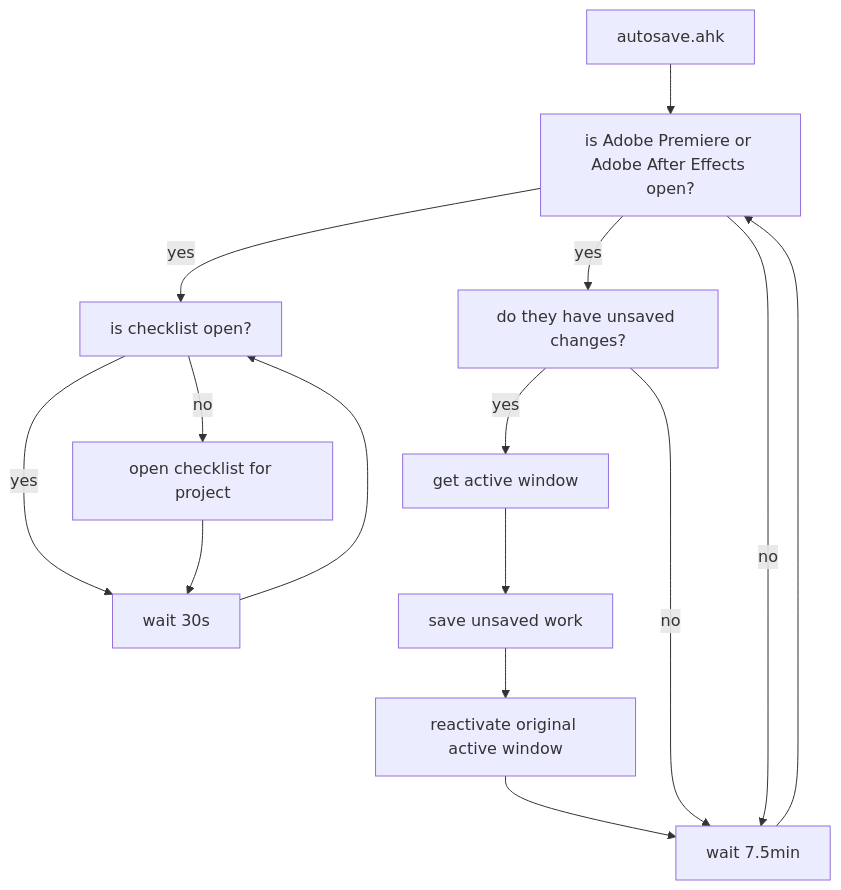
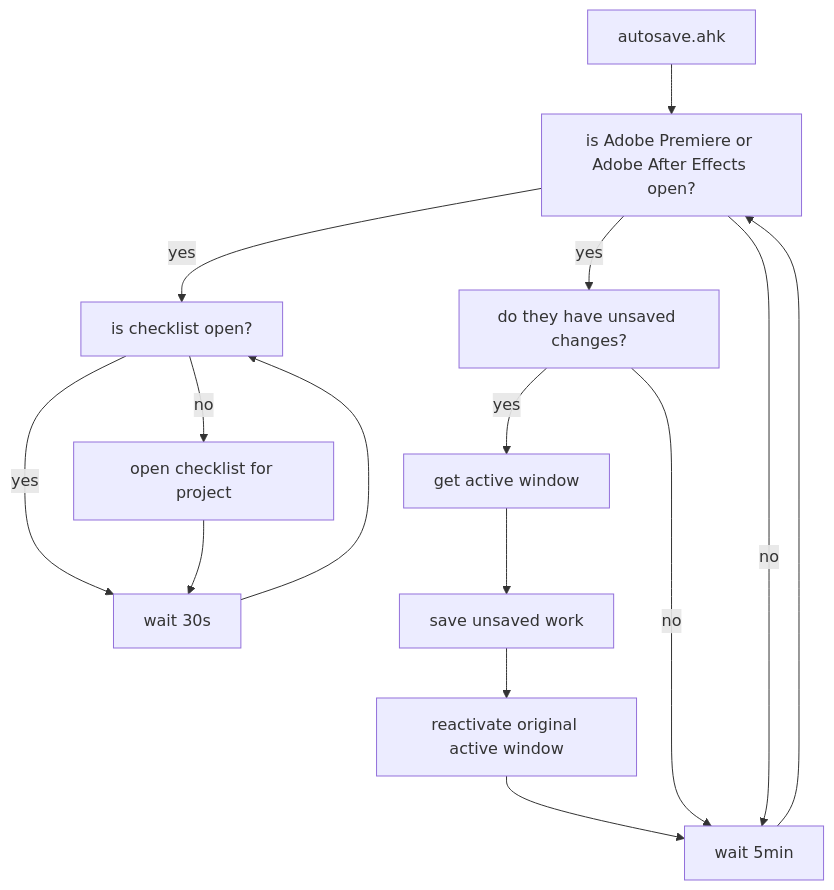
Before and after one commit to Tomshiii/ahk: the diagram in README.md, drawn with Mermaid. The commit also changed other lines of this file and 4 other files, not shown here.

````diff
--- a/README.md
+++ b/README.md
@@ -79,21 +79,21 @@
 ```mermaid
   graph TD;
       A[autosave.ahk]-->B[is Adobe Premiere or Adobe After Effects open?];
       B -- yes --> C[is checklist open?];
       B -- yes --> D[do they have unsaved changes?];
 
       D -- yes -->E[get active window];
       E -->F[save unsaved work];
       F -->G[reactivate original active window];
       G -->Y;
 
       C -- yes -->H[wait 30s];
       C -- no -->I[open checklist for project];
       I-->H;
       H-->C;
 
-      D-- no --> Y[wait 7.5min];
+      D-- no --> Y[wait 5min];
  
-      B -- no --> Y[wait 7.5min];
+      B -- no --> Y[wait 5min];
       Y -->B;
 ```
````
